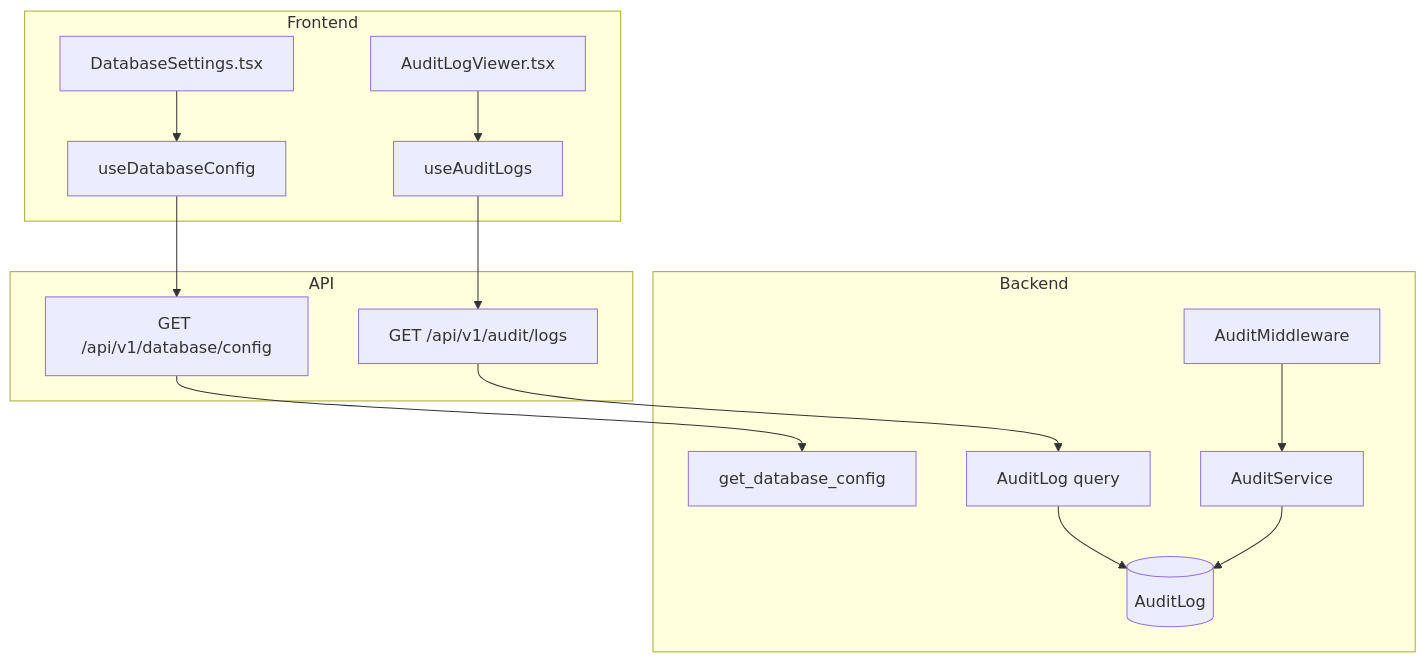
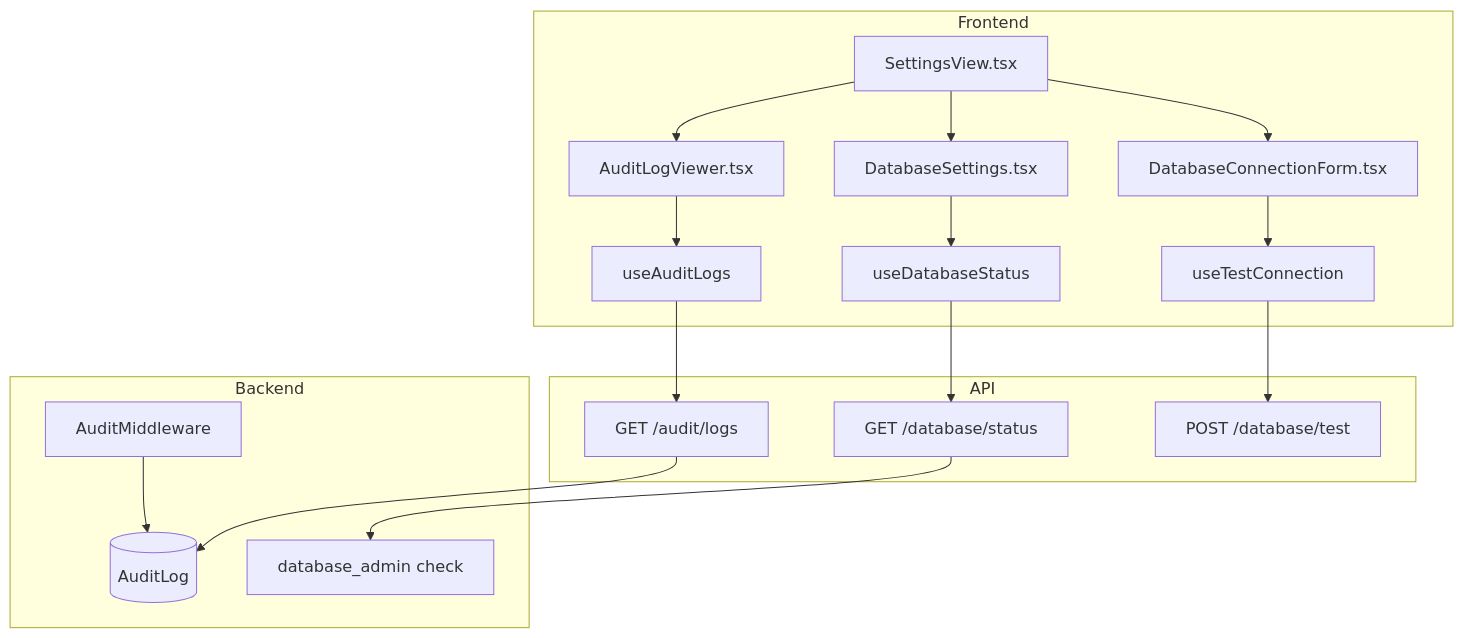
The first of 2 diagrams in .knowledge/features/admin.md (saturnis-io/cassini), drawn with Mermaid before and after one commit. The commit also changed other lines of this file and 16 other files, not shown here.

First line of the commit message:
knowledge-graph: regenerate

````diff
--- a/.knowledge/features/admin.md
+++ b/.knowledge/features/admin.md
@@ -5,18 +5,19 @@
 ```mermaid
 flowchart TD
     subgraph Frontend
-        C1[DatabaseSettings.tsx] --> H1[useDatabaseConfig]
-        C2[AuditLogViewer.tsx] --> H2[useAuditLogs]
+        C1[AuditLogViewer.tsx] --> H1[useAuditLogs]
+        C2[DatabaseSettings.tsx] --> H2[useDatabaseStatus]
+        C3[DatabaseConnectionForm.tsx] --> H3[useTestConnection]
+        C4[SettingsView.tsx] --> C1 & C2 & C3
     end
     subgraph API
-        H1 --> E1[GET /api/v1/database/config]
-        H2 --> E2[GET /api/v1/audit/logs]
+        H1 --> E1[GET /audit/logs]
+        H2 --> E2[GET /database/status]
+        H3 --> E3[POST /database/test]
     end
     subgraph Backend
-        E1 --> S1[get_database_config]
-        E2 --> R1[AuditLog query]
-        R1 --> M1[(AuditLog)]
-        S2[AuditMiddleware] --> S3[AuditService]
-        S3 --> M1
+        E1 --> R1[(AuditLog)]
+        E2 --> S1[database_admin check]
+        S2[AuditMiddleware] --> R1
     end
 ```
````
